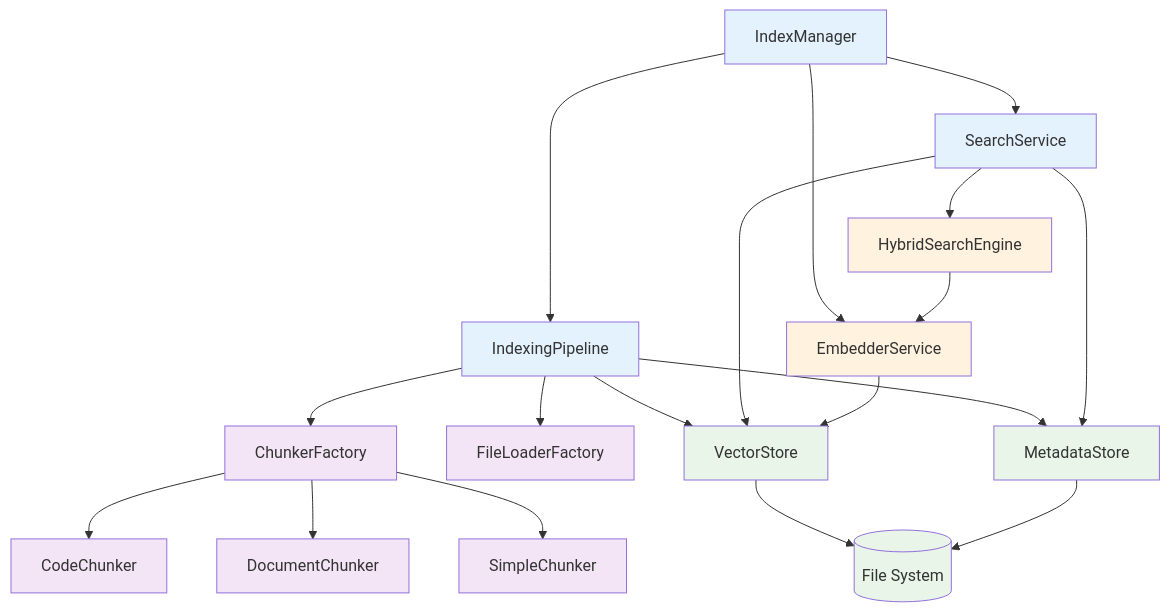
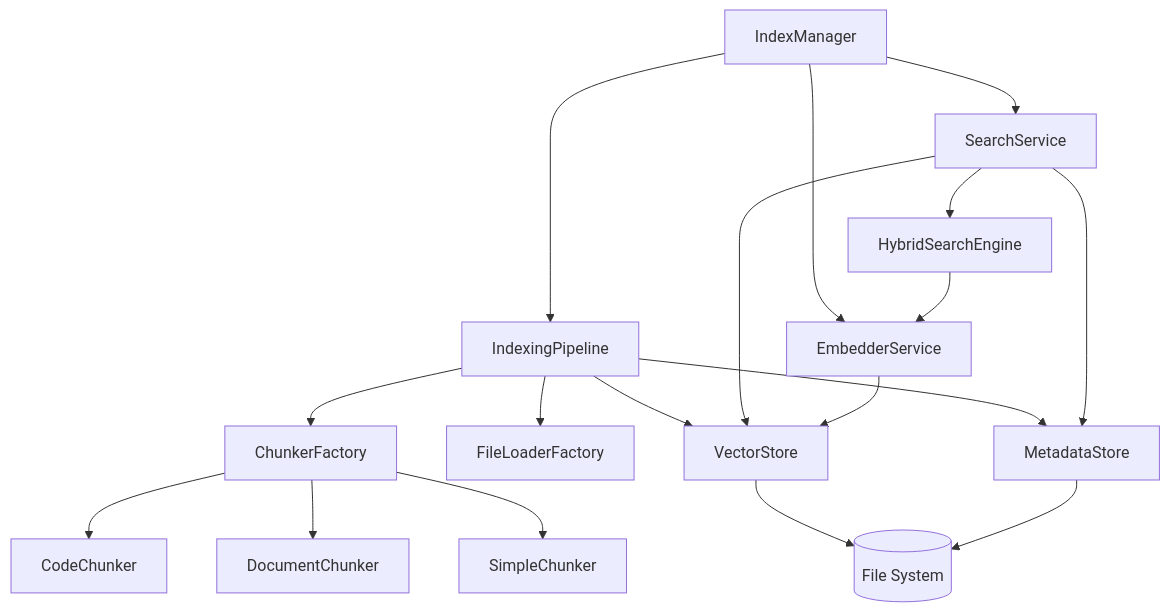
The second of 3 diagrams in docs/ARCHITECTURE.md (tbrandenburg/pycontextify), drawn with Mermaid before and after one commit. The commit also changed other lines of this file, not shown here.

Commit message:
Coloured arch diagrams

````diff
--- a/docs/ARCHITECTURE.md
+++ b/docs/ARCHITECTURE.md
@@ -238,35 +231,25 @@
 ```mermaid
 flowchart TD
     IM[IndexManager] --> IP[IndexingPipeline]
     IM --> SS[SearchService]
     IM --> ES[EmbedderService]
     
     IP --> CF[ChunkerFactory]
     IP --> FL[FileLoaderFactory]
     IP --> VS[VectorStore]
     IP --> MS[MetadataStore]
     
     CF --> CC[CodeChunker]
     CF --> DC[DocumentChunker]
     CF --> SC[SimpleChunker]
     
     SS --> HS[HybridSearchEngine]
     SS --> VS
     SS --> MS
     
     VS --> FS[(File System)]
     MS --> FS
     
     ES --> VS
     HS --> ES
-    
-    classDef coreComponent fill:#e3f2fd
-    classDef processing fill:#f3e5f5  
-    classDef storage fill:#e8f5e8
-    classDef service fill:#fff3e0
-    
-    class IM,IP,SS coreComponent
-    class CF,CC,DC,SC,FL processing
-    class VS,MS,FS storage
-    class ES,HS service
 ```
````
